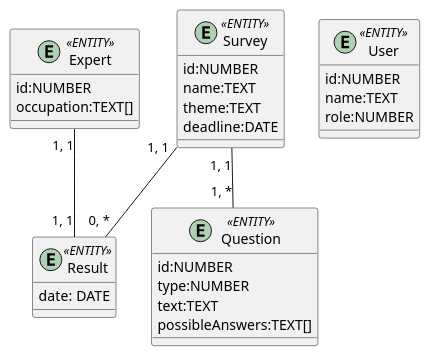
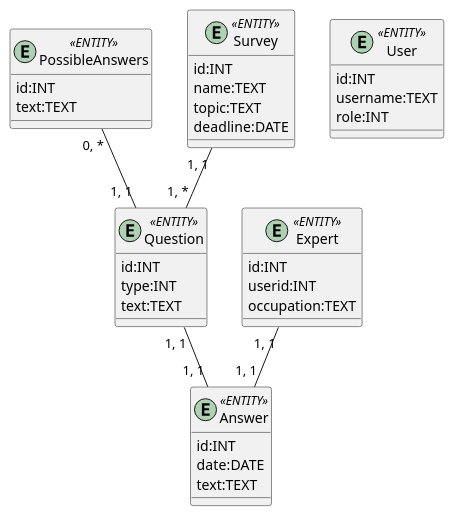
Before and after one commit to anrysliusar/SurvExp: the diagram in src/uml/business-models/ER.puml, drawn with PlantUML. The commit also changed 1 other file, not shown here.

```diff
--- a/src/uml/business-models/ER.puml
+++ b/src/uml/business-models/ER.puml
@@ -1,36 +1,44 @@
 @startuml
 
   entity User <<ENTITY>> {
-    id:NUMBER
-    name:TEXT
-    role:NUMBER
+    id:INT
+    username:TEXT
+    role:INT
   }
   
   entity Expert <<ENTITY>>{
-    id:NUMBER
-    occupation:TEXT[]
+    id:INT
+    userid:INT
+    occupation:TEXT
   }
   
   entity Survey <<ENTITY>>{
-    id:NUMBER
+    id:INT
     name:TEXT
-    theme:TEXT
+    topic:TEXT
     deadline:DATE
   }
   
   entity Question <<ENTITY>>{
-    id:NUMBER
-    type:NUMBER
+    id:INT
+    type:INT
     text:TEXT
-    possibleAnswers:TEXT[]
   }
 
-  entity Result <<ENTITY>> {
-    date: DATE
+  entity Answer <<ENTITY>> {
+    id:INT
+    date:DATE
+    text:TEXT
   }
   
+  entity PossibleAnswers <<ENTITY>> {
+    id:INT
+    text:TEXT
+  }
+
   Question "1, *" -u- "1, 1" Survey
-  Result "0, *" -u- "1, 1" Survey
-  Result "1, 1" -u- "1, 1" Expert
+  Answer "1, 1" -u- "1, 1" Question
+  Answer "1, 1" -u- "1, 1" Expert
+  Question "1, 1" -u- "0, *" PossibleAnswers
       
 @enduml
```
